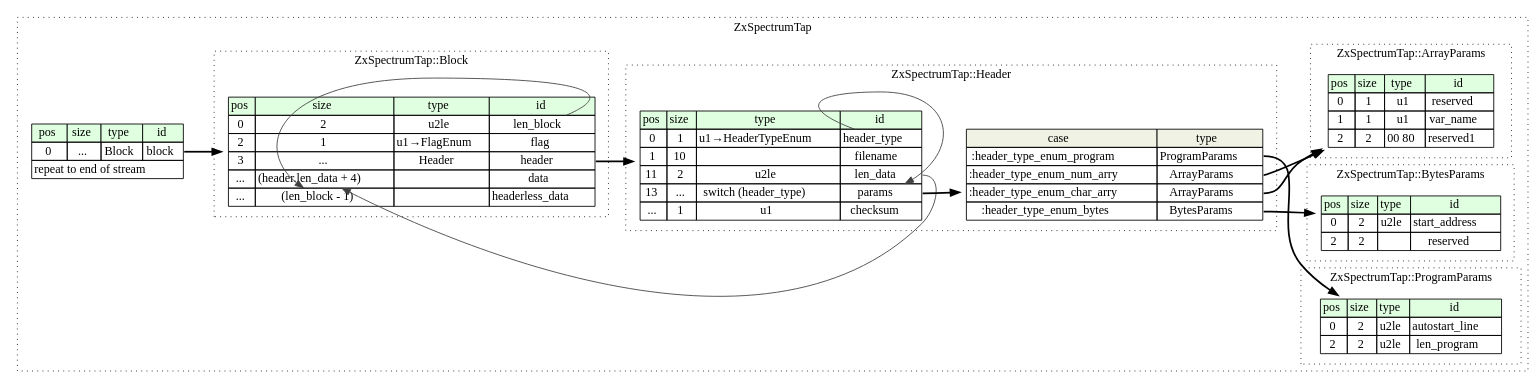
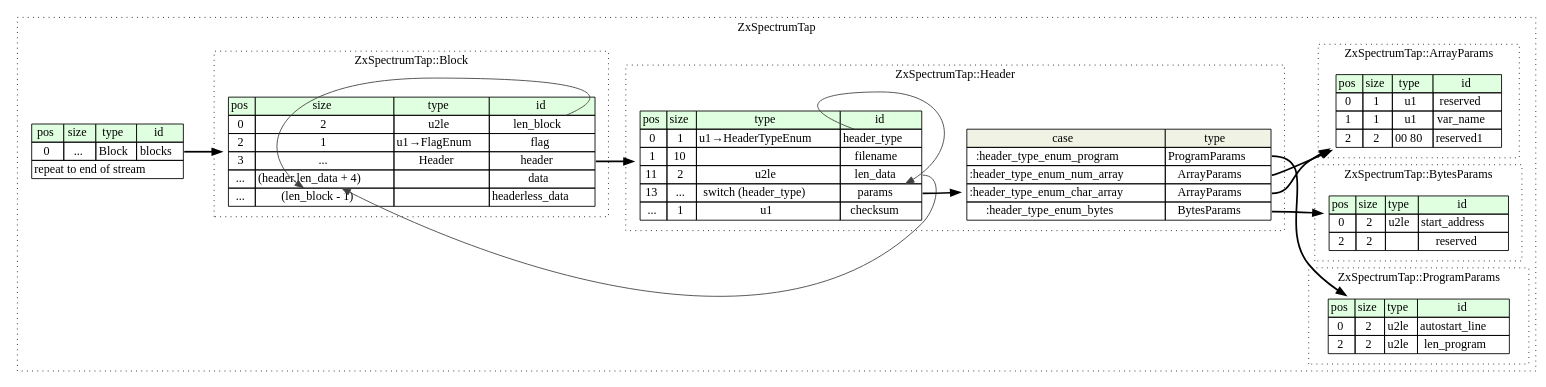
The diagram in zx_spectrum_tap/src/graphviz/zx_spectrum_tap.dot (kaitai-io/formats-kaitai-io.github.io), drawn with Graphviz before and after one commit. The commit also changed 20 other files, not shown here.

```diff
--- a/zx_spectrum_tap/src/graphviz/zx_spectrum_tap.dot
+++ b/zx_spectrum_tap/src/graphviz/zx_spectrum_tap.dot
@@ -1,88 +1,88 @@
 digraph {
 	rankdir=LR;
 	node [shape=plaintext];
 	subgraph cluster__zx_spectrum_tap {
 		label="ZxSpectrumTap";
 		graph[style=dotted];
 
 		zx_spectrum_tap__seq [label=<<TABLE BORDER="0" CELLBORDER="1" CELLSPACING="0">
 			<TR><TD BGCOLOR="#E0FFE0">pos</TD><TD BGCOLOR="#E0FFE0">size</TD><TD BGCOLOR="#E0FFE0">type</TD><TD BGCOLOR="#E0FFE0">id</TD></TR>
-			<TR><TD PORT="block_pos">0</TD><TD PORT="block_size">...</TD><TD>Block</TD><TD PORT="block_type">block</TD></TR>
-			<TR><TD COLSPAN="4" PORT="block__repeat">repeat to end of stream</TD></TR>
+			<TR><TD PORT="blocks_pos">0</TD><TD PORT="blocks_size">...</TD><TD>Block</TD><TD PORT="blocks_type">blocks</TD></TR>
+			<TR><TD COLSPAN="4" PORT="blocks__repeat">repeat to end of stream</TD></TR>
 		</TABLE>>];
 		subgraph cluster__block {
 			label="ZxSpectrumTap::Block";
 			graph[style=dotted];
 
 			block__seq [label=<<TABLE BORDER="0" CELLBORDER="1" CELLSPACING="0">
 				<TR><TD BGCOLOR="#E0FFE0">pos</TD><TD BGCOLOR="#E0FFE0">size</TD><TD BGCOLOR="#E0FFE0">type</TD><TD BGCOLOR="#E0FFE0">id</TD></TR>
 				<TR><TD PORT="len_block_pos">0</TD><TD PORT="len_block_size">2</TD><TD>u2le</TD><TD PORT="len_block_type">len_block</TD></TR>
 				<TR><TD PORT="flag_pos">2</TD><TD PORT="flag_size">1</TD><TD>u1→FlagEnum</TD><TD PORT="flag_type">flag</TD></TR>
 				<TR><TD PORT="header_pos">3</TD><TD PORT="header_size">...</TD><TD>Header</TD><TD PORT="header_type">header</TD></TR>
 				<TR><TD PORT="data_pos">...</TD><TD PORT="data_size">(header.len_data + 4)</TD><TD></TD><TD PORT="data_type">data</TD></TR>
 				<TR><TD PORT="headerless_data_pos">...</TD><TD PORT="headerless_data_size">(len_block - 1)</TD><TD></TD><TD PORT="headerless_data_type">headerless_data</TD></TR>
 			</TABLE>>];
 		}
 		subgraph cluster__program_params {
 			label="ZxSpectrumTap::ProgramParams";
 			graph[style=dotted];
 
 			program_params__seq [label=<<TABLE BORDER="0" CELLBORDER="1" CELLSPACING="0">
 				<TR><TD BGCOLOR="#E0FFE0">pos</TD><TD BGCOLOR="#E0FFE0">size</TD><TD BGCOLOR="#E0FFE0">type</TD><TD BGCOLOR="#E0FFE0">id</TD></TR>
 				<TR><TD PORT="autostart_line_pos">0</TD><TD PORT="autostart_line_size">2</TD><TD>u2le</TD><TD PORT="autostart_line_type">autostart_line</TD></TR>
 				<TR><TD PORT="len_program_pos">2</TD><TD PORT="len_program_size">2</TD><TD>u2le</TD><TD PORT="len_program_type">len_program</TD></TR>
 			</TABLE>>];
 		}
 		subgraph cluster__bytes_params {
 			label="ZxSpectrumTap::BytesParams";
 			graph[style=dotted];
 
 			bytes_params__seq [label=<<TABLE BORDER="0" CELLBORDER="1" CELLSPACING="0">
 				<TR><TD BGCOLOR="#E0FFE0">pos</TD><TD BGCOLOR="#E0FFE0">size</TD><TD BGCOLOR="#E0FFE0">type</TD><TD BGCOLOR="#E0FFE0">id</TD></TR>
 				<TR><TD PORT="start_address_pos">0</TD><TD PORT="start_address_size">2</TD><TD>u2le</TD><TD PORT="start_address_type">start_address</TD></TR>
 				<TR><TD PORT="reserved_pos">2</TD><TD PORT="reserved_size">2</TD><TD></TD><TD PORT="reserved_type">reserved</TD></TR>
 			</TABLE>>];
 		}
 		subgraph cluster__header {
 			label="ZxSpectrumTap::Header";
 			graph[style=dotted];
 
 			header__seq [label=<<TABLE BORDER="0" CELLBORDER="1" CELLSPACING="0">
 				<TR><TD BGCOLOR="#E0FFE0">pos</TD><TD BGCOLOR="#E0FFE0">size</TD><TD BGCOLOR="#E0FFE0">type</TD><TD BGCOLOR="#E0FFE0">id</TD></TR>
 				<TR><TD PORT="header_type_pos">0</TD><TD PORT="header_type_size">1</TD><TD>u1→HeaderTypeEnum</TD><TD PORT="header_type_type">header_type</TD></TR>
 				<TR><TD PORT="filename_pos">1</TD><TD PORT="filename_size">10</TD><TD></TD><TD PORT="filename_type">filename</TD></TR>
 				<TR><TD PORT="len_data_pos">11</TD><TD PORT="len_data_size">2</TD><TD>u2le</TD><TD PORT="len_data_type">len_data</TD></TR>
 				<TR><TD PORT="params_pos">13</TD><TD PORT="params_size">...</TD><TD>switch (header_type)</TD><TD PORT="params_type">params</TD></TR>
 				<TR><TD PORT="checksum_pos">...</TD><TD PORT="checksum_size">1</TD><TD>u1</TD><TD PORT="checksum_type">checksum</TD></TR>
 			</TABLE>>];
 header__seq_params_switch [label=<<TABLE BORDER="0" CELLBORDER="1" CELLSPACING="0">
 	<TR><TD BGCOLOR="#F0F2E4">case</TD><TD BGCOLOR="#F0F2E4">type</TD></TR>
 	<TR><TD>:header_type_enum_program</TD><TD PORT="case0">ProgramParams</TD></TR>
-	<TR><TD>:header_type_enum_num_arry</TD><TD PORT="case1">ArrayParams</TD></TR>
-	<TR><TD>:header_type_enum_char_arry</TD><TD PORT="case2">ArrayParams</TD></TR>
+	<TR><TD>:header_type_enum_num_array</TD><TD PORT="case1">ArrayParams</TD></TR>
+	<TR><TD>:header_type_enum_char_array</TD><TD PORT="case2">ArrayParams</TD></TR>
 	<TR><TD>:header_type_enum_bytes</TD><TD PORT="case3">BytesParams</TD></TR>
 </TABLE>>];
 		}
 		subgraph cluster__array_params {
 			label="ZxSpectrumTap::ArrayParams";
 			graph[style=dotted];
 
 			array_params__seq [label=<<TABLE BORDER="0" CELLBORDER="1" CELLSPACING="0">
 				<TR><TD BGCOLOR="#E0FFE0">pos</TD><TD BGCOLOR="#E0FFE0">size</TD><TD BGCOLOR="#E0FFE0">type</TD><TD BGCOLOR="#E0FFE0">id</TD></TR>
 				<TR><TD PORT="reserved_pos">0</TD><TD PORT="reserved_size">1</TD><TD>u1</TD><TD PORT="reserved_type">reserved</TD></TR>
 				<TR><TD PORT="var_name_pos">1</TD><TD PORT="var_name_size">1</TD><TD>u1</TD><TD PORT="var_name_type">var_name</TD></TR>
 				<TR><TD PORT="reserved1_pos">2</TD><TD PORT="reserved1_size">2</TD><TD>00 80</TD><TD PORT="reserved1_type">reserved1</TD></TR>
 			</TABLE>>];
 		}
 	}
-	zx_spectrum_tap__seq:block_type -> block__seq [style=bold];
+	zx_spectrum_tap__seq:blocks_type -> block__seq [style=bold];
 	block__seq:header_type -> header__seq [style=bold];
 	header__seq:len_data_type -> block__seq:data_size [color="#404040"];
 	block__seq:len_block_type -> block__seq:headerless_data_size [color="#404040"];
 	header__seq:params_type -> header__seq_params_switch [style=bold];
 	header__seq_params_switch:case0 -> program_params__seq [style=bold];
 	header__seq_params_switch:case1 -> array_params__seq [style=bold];
 	header__seq_params_switch:case2 -> array_params__seq [style=bold];
 	header__seq_params_switch:case3 -> bytes_params__seq [style=bold];
 	header__seq:header_type_type -> header__seq:params_type [color="#404040"];
 }
```
